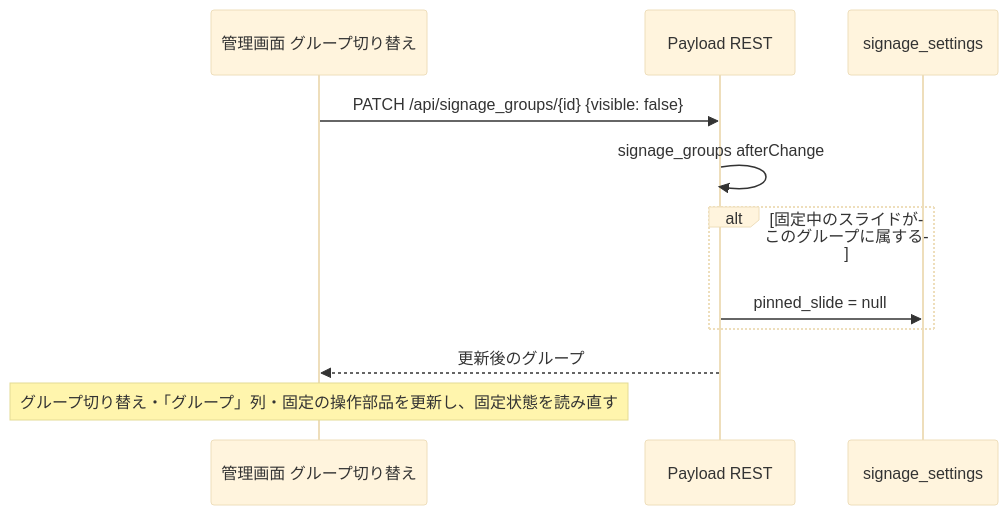
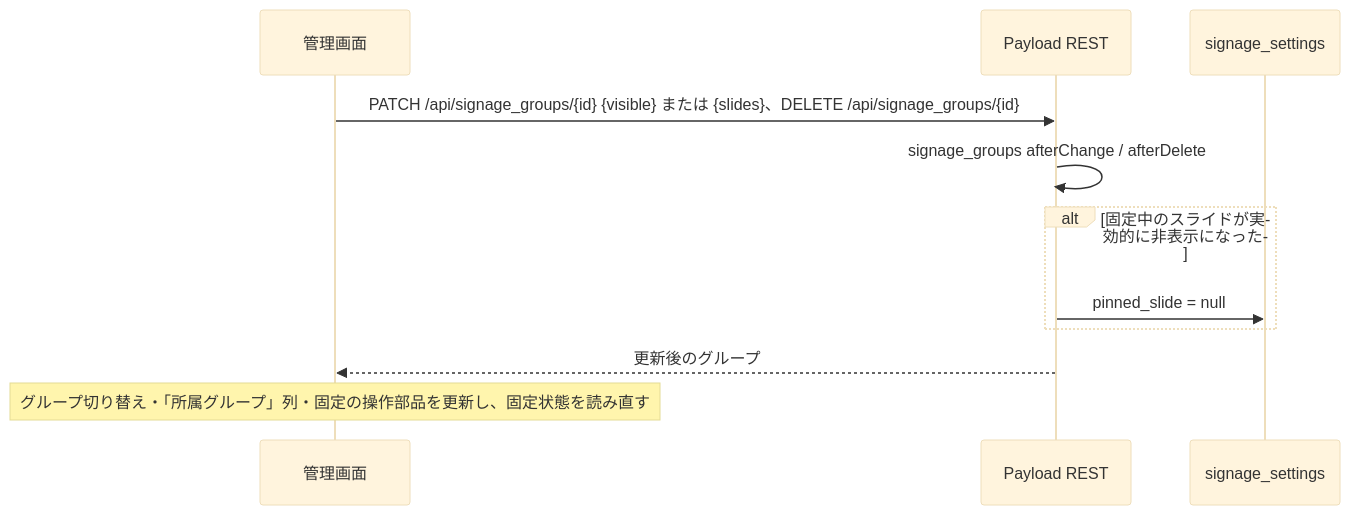
One commit to aramakisai/aramakisai-web changed the fourth of 6 diagrams in .kiro/specs/digital-signage/design.md. Above: the diagram before and after it, drawn with Mermaid (base theme). The commit also changed other lines of this file and 2 other files, not shown here.

````diff
--- a/.kiro/specs/digital-signage/design.md
+++ b/.kiro/specs/digital-signage/design.md
@@ -266,13 +282,13 @@
 ```mermaid
 sequenceDiagram
-  participant A as 管理画面 グループ切り替え
+  participant A as 管理画面
   participant P as Payload REST
   participant S as signage_settings
-  A->>P: PATCH /api/signage_groups/{id} {visible: false}
-  P->>P: signage_groups afterChange
-  alt 固定中のスライドがこのグループに属する
+  A->>P: PATCH /api/signage_groups/{id} {visible} または {slides}、DELETE /api/signage_groups/{id}
+  P->>P: signage_groups afterChange / afterDelete
+  alt 固定中のスライドが実効的に非表示になった
     P->>S: pinned_slide = null
   end
   P-->>A: 更新後のグループ
-  Note over A: グループ切り替え・「グループ」列・固定の操作部品を更新し、固定状態を読み直す
+  Note over A: グループ切り替え・「所属グループ」列・固定の操作部品を更新し、固定状態を読み直す
 ```
````
